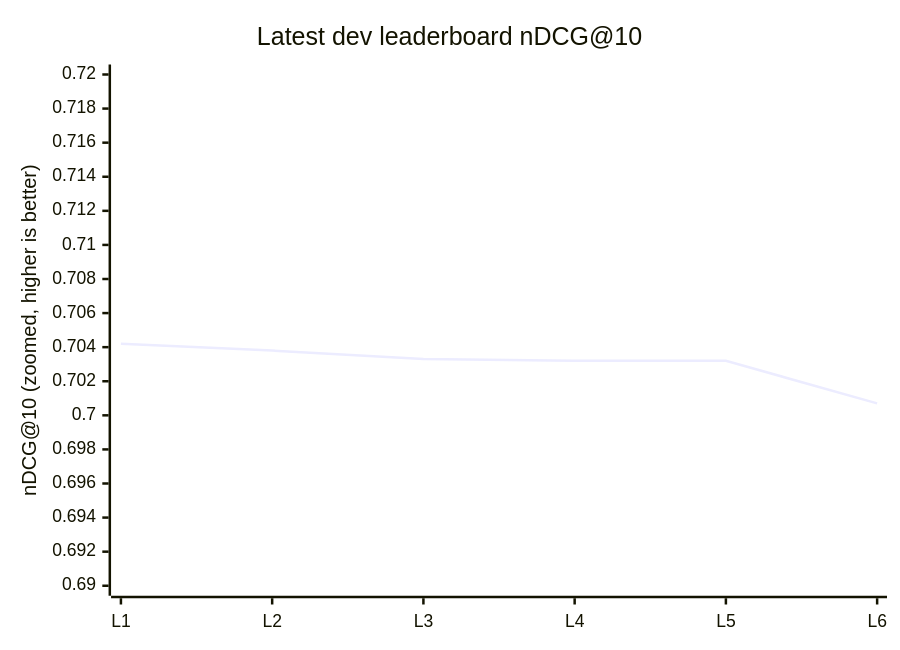
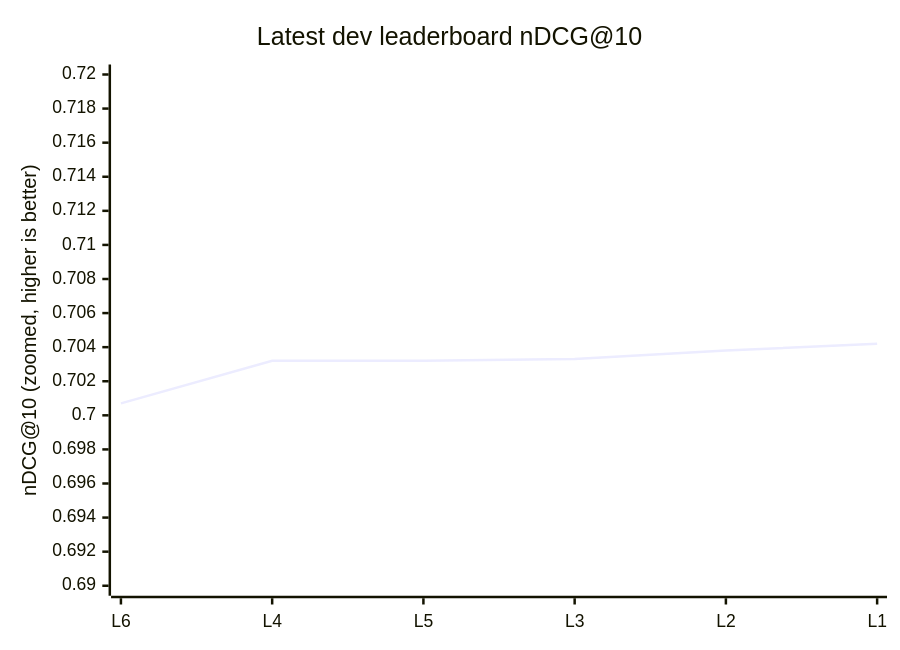
Before and after one commit to sidagarwal-labs/arxiv-search: the second of 3 diagrams in docs/06-charts.md, drawn with Mermaid. The commit also changed other lines of this file and 2 other files, not shown here.

First line of the commit message:
Order comparison charts by increasing score

````diff
--- a/docs/06-charts.md
+++ b/docs/06-charts.md
@@ -40,7 +40,7 @@
 ```mermaid
 xychart-beta
     title "Latest dev leaderboard nDCG@10"
-    x-axis [L1, L2, L3, L4, L5, L6]
+    x-axis [L6, L4, L5, L3, L2, L1]
     y-axis "nDCG@10 (zoomed, higher is better)" 0.69 --> 0.72
-    line [0.7042, 0.7038, 0.7033, 0.7032, 0.7032, 0.7007]
+    line [0.7007, 0.7032, 0.7032, 0.7033, 0.7038, 0.7042]
 ```
````
